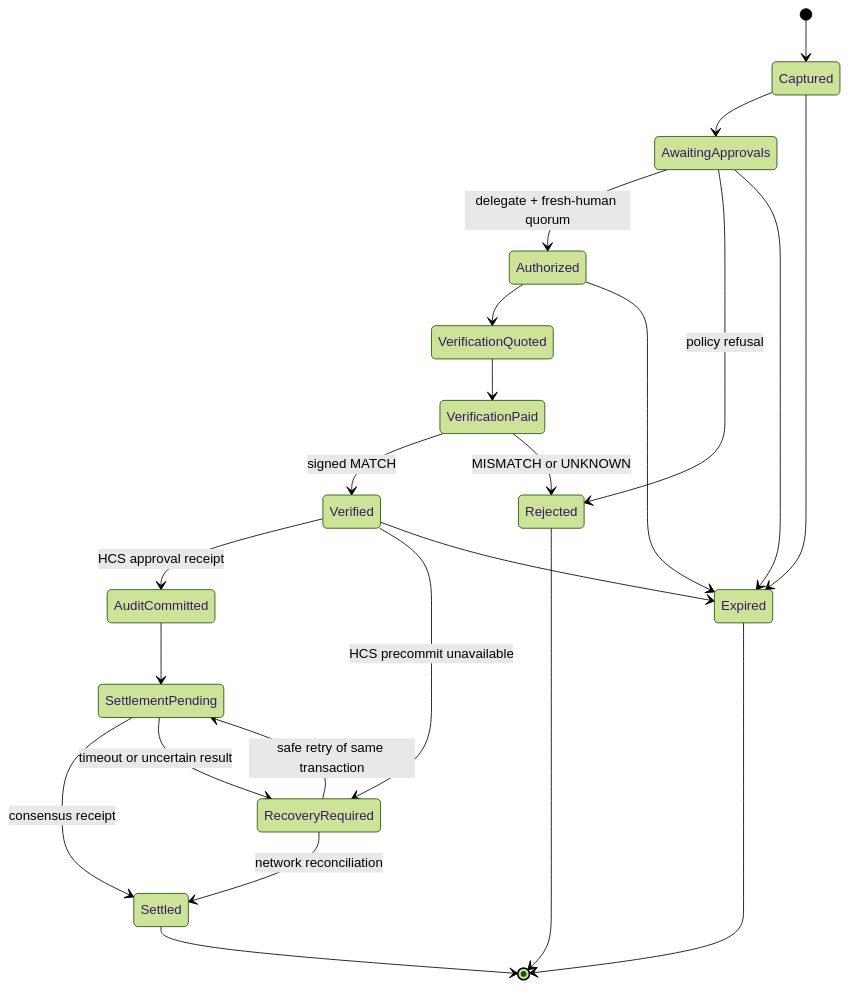
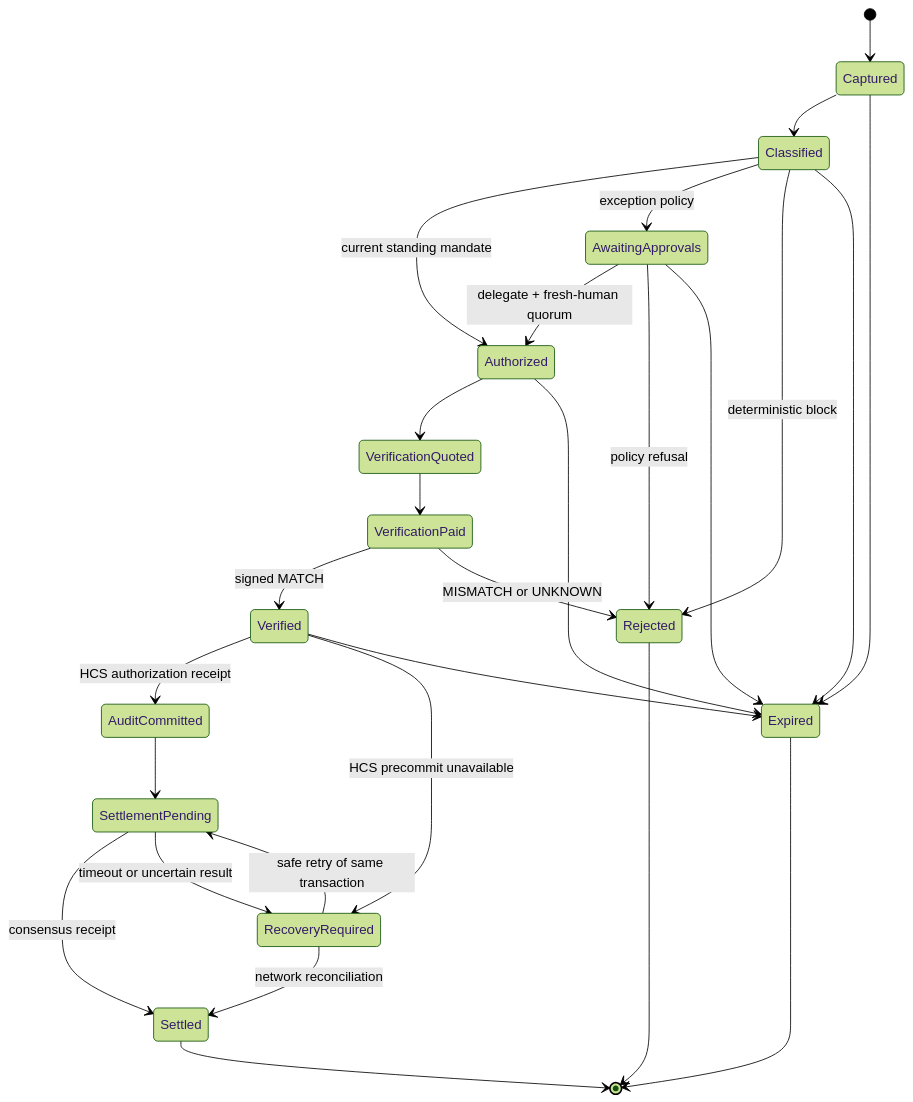
The third of 3 diagrams in docs/architecture/SYSTEM-ARCHITECTURE.md (Lyons800/remit), drawn with Mermaid (forest theme) before and after one commit. The commit also changed other lines of this file and 7 other files, not shown here.

Commit message:
docs(architecture): route invoices by standing mandate

````diff
--- a/docs/architecture/SYSTEM-ARCHITECTURE.md
+++ b/docs/architecture/SYSTEM-ARCHITECTURE.md
@@ -225,25 +380,29 @@
 ```mermaid
 stateDiagram-v2
   [*] --> Captured
-  Captured --> AwaitingApprovals
+  Captured --> Classified
+  Classified --> Authorized: current standing mandate
+  Classified --> AwaitingApprovals: exception policy
+  Classified --> Rejected: deterministic block
   AwaitingApprovals --> Authorized: delegate + fresh-human quorum
   AwaitingApprovals --> Rejected: policy refusal
   Authorized --> VerificationQuoted
   VerificationQuoted --> VerificationPaid
   VerificationPaid --> Verified: signed MATCH
   VerificationPaid --> Rejected: MISMATCH or UNKNOWN
-  Verified --> AuditCommitted: HCS approval receipt
+  Verified --> AuditCommitted: HCS authorization receipt
   Verified --> RecoveryRequired: HCS precommit unavailable
   AuditCommitted --> SettlementPending
   SettlementPending --> Settled: consensus receipt
   SettlementPending --> RecoveryRequired: timeout or uncertain result
   RecoveryRequired --> Settled: network reconciliation
   RecoveryRequired --> SettlementPending: safe retry of same transaction
   Captured --> Expired
+  Classified --> Expired
   AwaitingApprovals --> Expired
   Authorized --> Expired
   Verified --> Expired
   Settled --> [*]
   Rejected --> [*]
   Expired --> [*]
 ```
````
